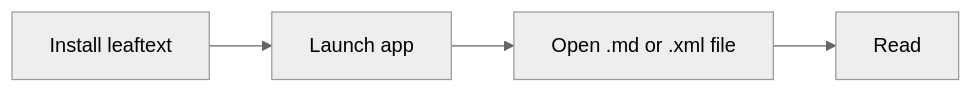
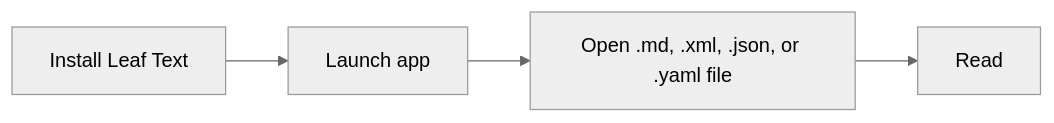
One commit to ryanallen/leaftext changed the diagram in docs/02-installation.md. Above: the diagram before and after it, drawn with Mermaid (neutral theme). The commit also changed other lines of this file and 33 other files, not shown here.

First line of the commit message:
Render JSON and YAML documents, and drop the unmaintained yaml-rust

````diff
--- a/docs/02-installation.md
+++ b/docs/02-installation.md
@@ -76,6 +79,6 @@
 ```mermaid
 flowchart LR
-    A[Install leaftext] --> B[Launch app]
-    B --> C[Open .md or .xml file]
+    A[Install Leaf Text] --> B[Launch app]
+    B --> C[Open .md, .xml, .json, or .yaml file]
     C --> D[Read]
 ```
````
